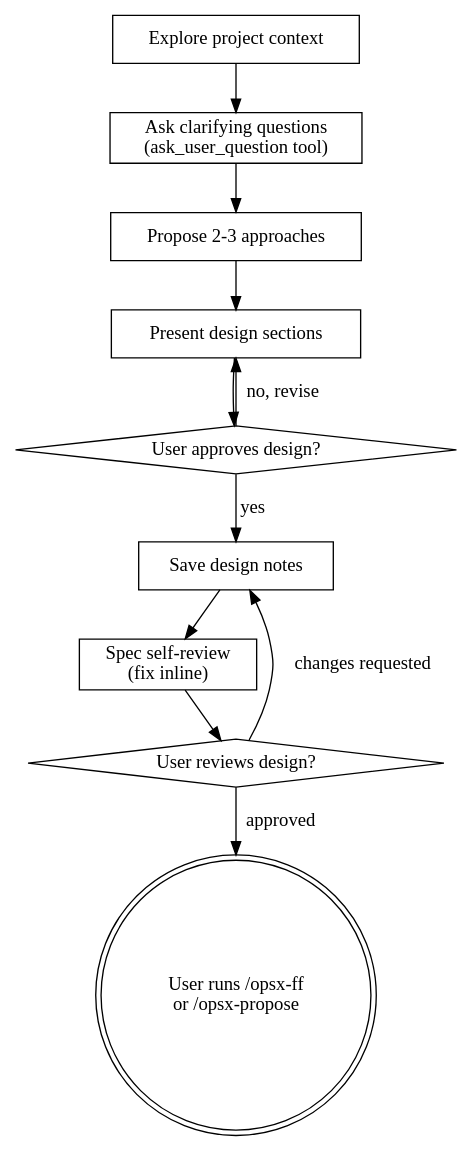
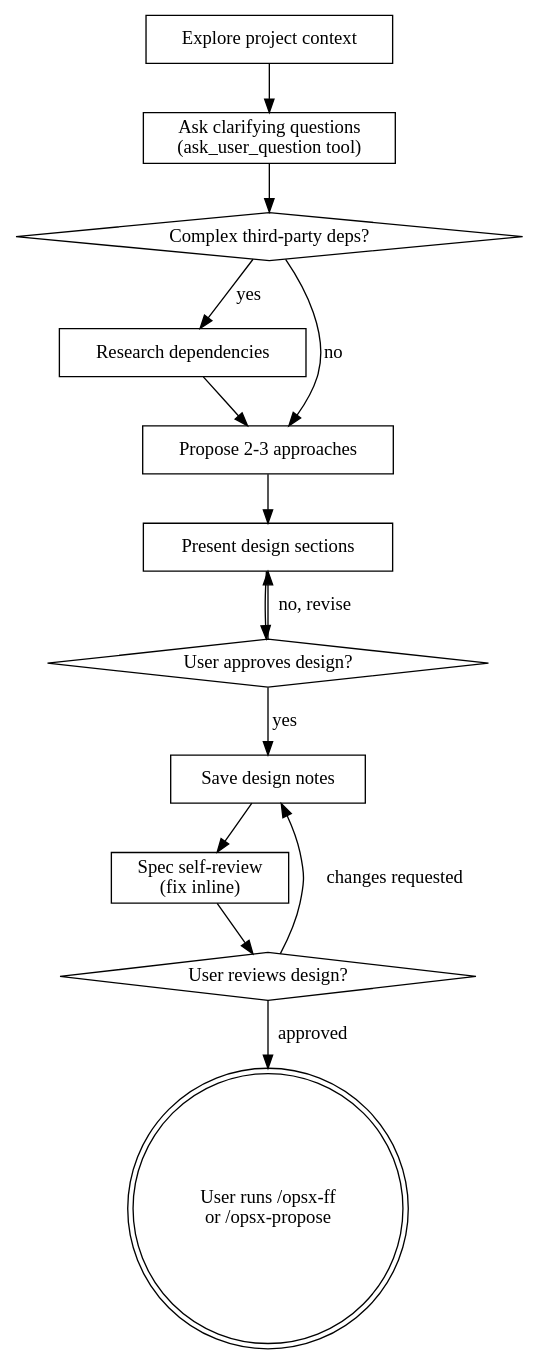
The diagram in pi/skills/brainstorming-openspec/SKILL.md (damian-git-99/superpowers), drawn with Graphviz before and after one commit. The commit also changed other lines of this file and 3 other files, not shown here.

````diff
--- a/pi/skills/brainstorming-openspec/SKILL.md
+++ b/pi/skills/brainstorming-openspec/SKILL.md
@@ -94,24 +95,29 @@
 ```dot
 digraph brainstorming_openspec {
     "Explore project context" [shape=box];
     "Ask clarifying questions\n(ask_user_question tool)" [shape=box];
+    "Complex third-party deps?" [shape=diamond];
+    "Research dependencies" [shape=box];
     "Propose 2-3 approaches" [shape=box];
     "Present design sections" [shape=box];
     "User approves design?" [shape=diamond];
     "Save design notes" [shape=box];
     "Spec self-review\n(fix inline)" [shape=box];
     "User reviews design?" [shape=diamond];
     "User runs /opsx-ff\nor /opsx-propose" [shape=doublecircle];
 
     "Explore project context" -> "Ask clarifying questions\n(ask_user_question tool)";
-    "Ask clarifying questions\n(ask_user_question tool)" -> "Propose 2-3 approaches";
+    "Ask clarifying questions\n(ask_user_question tool)" -> "Complex third-party deps?";
+    "Complex third-party deps?" -> "Research dependencies" [label="yes"];
+    "Complex third-party deps?" -> "Propose 2-3 approaches" [label="no"];
+    "Research dependencies" -> "Propose 2-3 approaches";
     "Propose 2-3 approaches" -> "Present design sections";
     "Present design sections" -> "User approves design?";
     "User approves design?" -> "Present design sections" [label="no, revise"];
     "User approves design?" -> "Save design notes" [label="yes"];
     "Save design notes" -> "Spec self-review\n(fix inline)";
     "Spec self-review\n(fix inline)" -> "User reviews design?";
     "User reviews design?" -> "Save design notes" [label="changes requested"];
     "User reviews design?" -> "User runs /opsx-ff\nor /opsx-propose" [label="approved"];
 }
 ```
````
